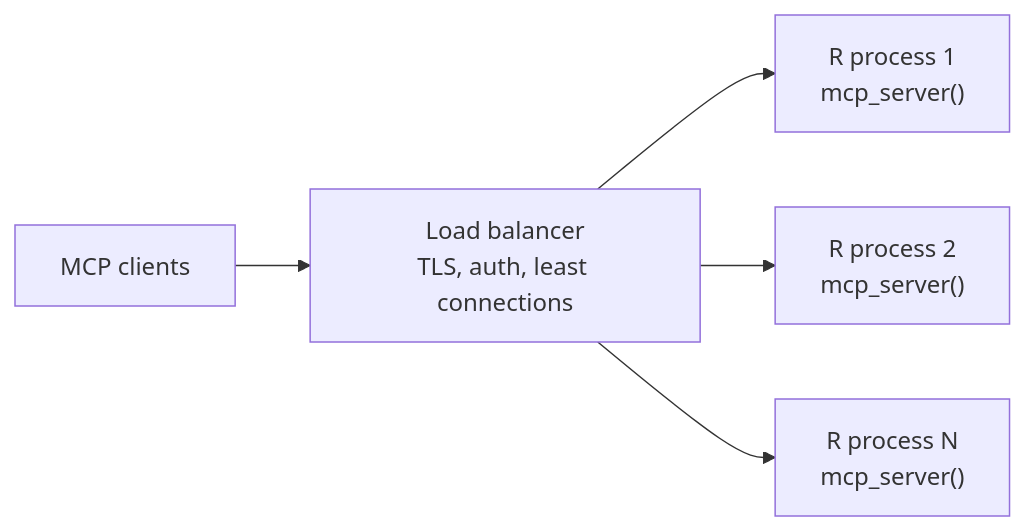
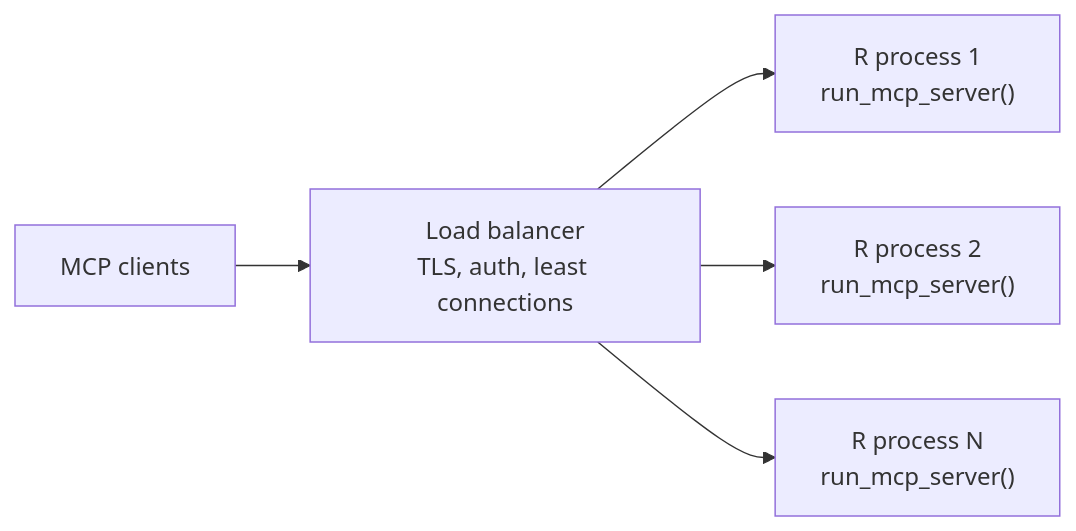
Before and after one commit to ThinkR-open/mordew: the third of 4 diagrams in README.md, drawn with Mermaid. The commit also changed other lines of this file, not shown here.

````diff
--- a/README.md
+++ b/README.md
@@ -1005,7 +1028,7 @@
 ```mermaid
 flowchart LR
   C["MCP clients"] --> LB["Load balancer<br/>TLS, auth, least connections"]
-  LB --> R1["R process 1<br/>mcp_server()"]
-  LB --> R2["R process 2<br/>mcp_server()"]
-  LB --> R3["R process N<br/>mcp_server()"]
+  LB --> R1["R process 1<br/>run_mcp_server()"]
+  LB --> R2["R process 2<br/>run_mcp_server()"]
+  LB --> R3["R process N<br/>run_mcp_server()"]
 ```
````
